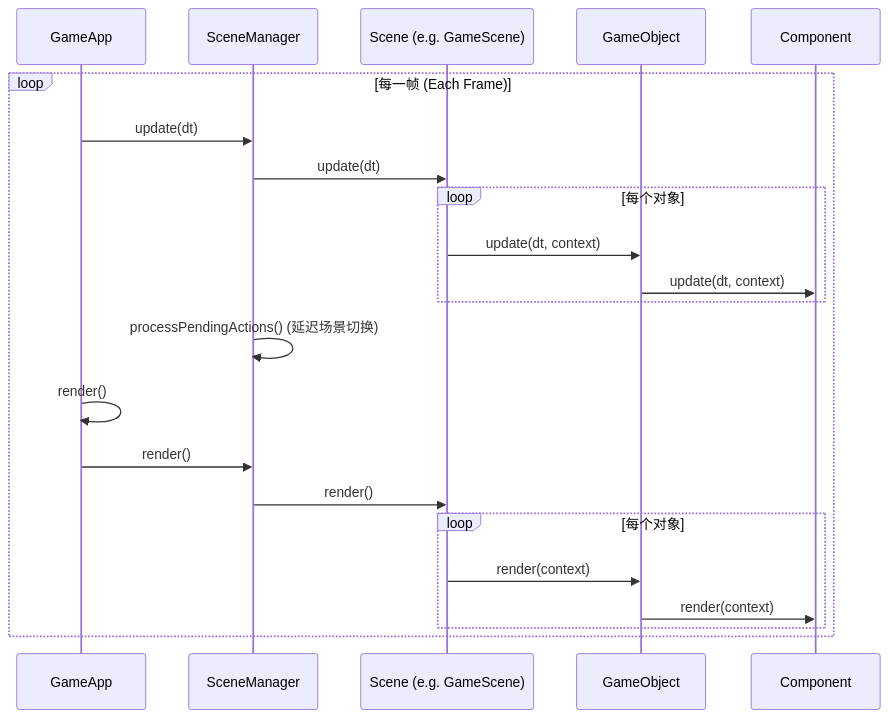
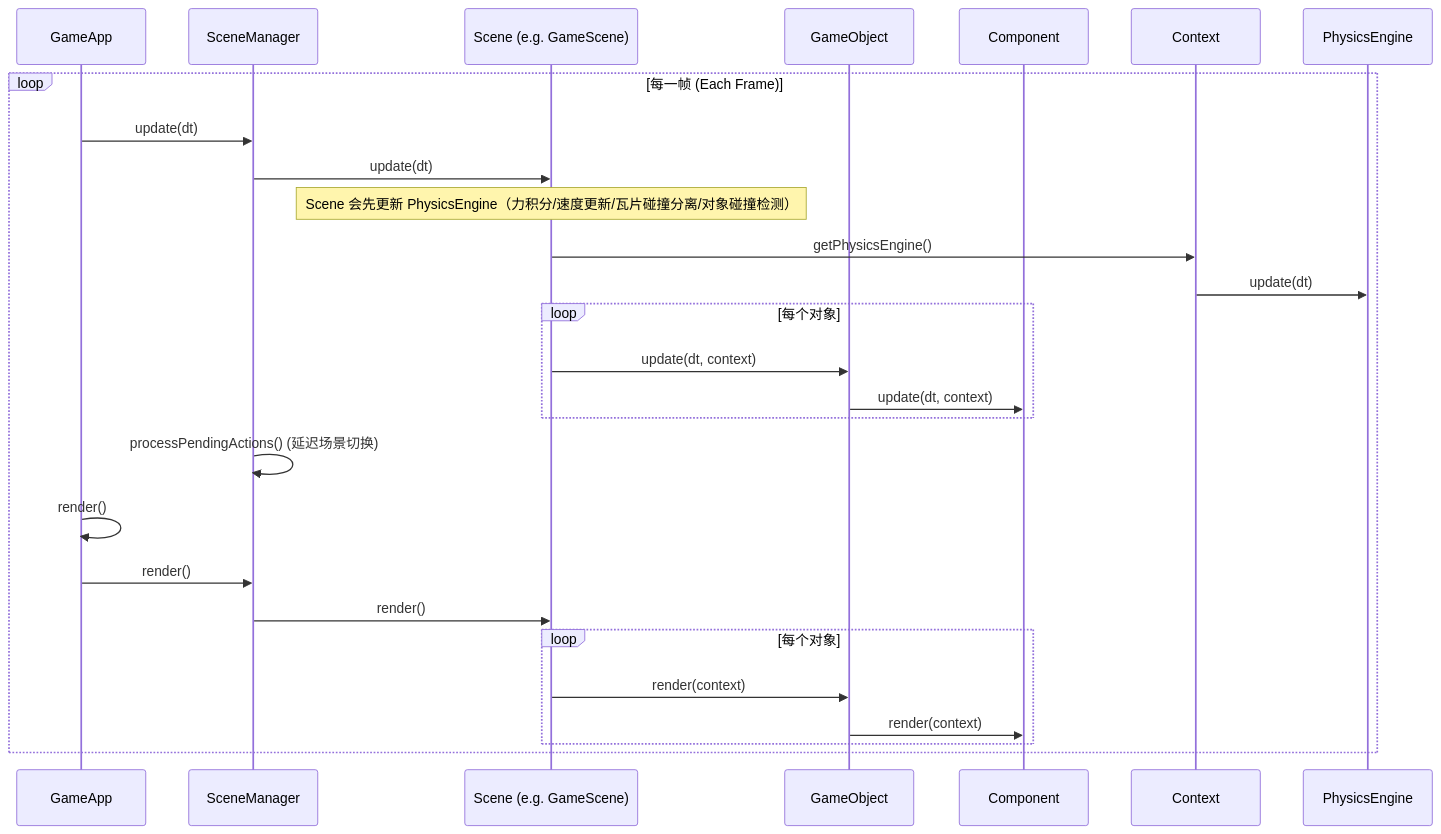
One commit to hezhangtdzs/SunnyLand changed the second of 2 diagrams in docs/PROJECT_STRUCTURE.md. Above: the diagram before and after it, drawn with Mermaid. The commit also changed other lines of this file and 18 other files, not shown here.

````diff
--- a/docs/PROJECT_STRUCTURE.md
+++ b/docs/PROJECT_STRUCTURE.md
@@ -119,26 +289,29 @@
 ```mermaid
 sequenceDiagram
     participant App as GameApp
     participant SM as SceneManager
     participant Scene as Scene (e.g. GameScene)
     participant GO as GameObject
     participant Comp as Component
 
     loop 每一帧 (Each Frame)
         App->>SM: update(dt)
         SM->>Scene: update(dt)
+        Note over Scene: Scene 会先更新 PhysicsEngine（力积分/速度更新/瓦片碰撞分离/对象碰撞检测）
+        Scene->>Context: getPhysicsEngine()
+        Context->>PhysicsEngine: update(dt)
         loop 每个对象
             Scene->>GO: update(dt, context)
             GO->>Comp: update(dt, context)
         end
         SM->>SM: processPendingActions() (延迟场景切换)
 
         App->>App: render()
         App->>SM: render()
         SM->>Scene: render()
         loop 每个对象
             Scene->>GO: render(context)
             GO->>Comp: render(context)
         end
     end
 ```
````
